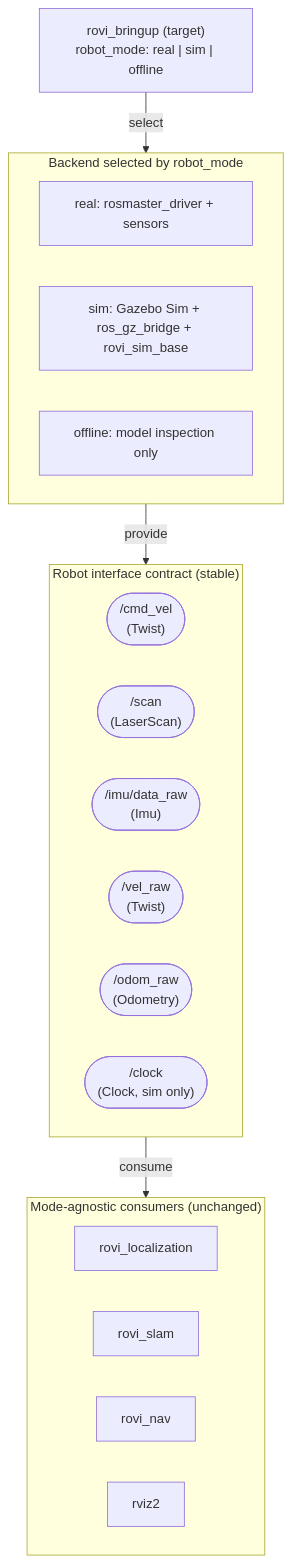
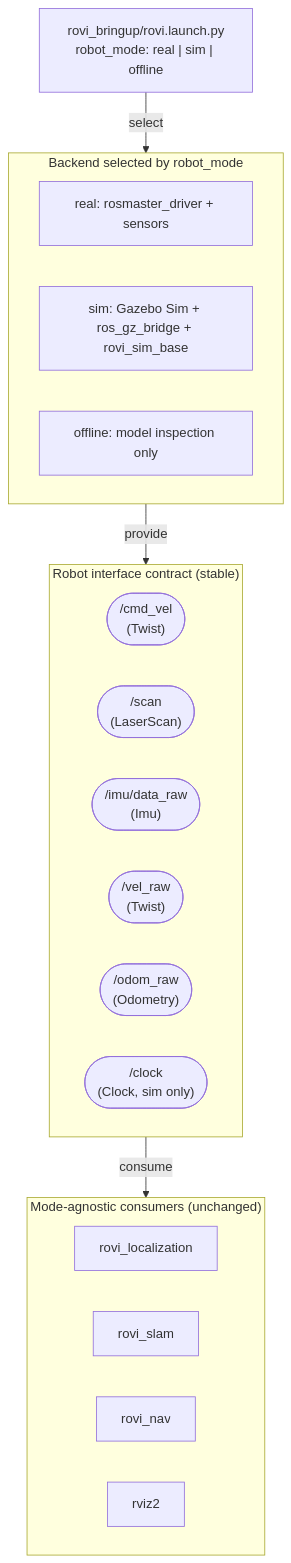
One commit to Roblibs/rovi_ros_ws changed the first of 12 diagrams in README.md. Above: the diagram before and after it, drawn with Mermaid. The commit also changed other lines of this file and 7 other files, not shown here.

````diff
--- a/README.md
+++ b/README.md
@@ -207,30 +218,30 @@
 ```mermaid
 flowchart TD
-  Bringup["rovi_bringup (target)\nrobot_mode: real | sim | offline"]
+  Bringup["rovi_bringup/rovi.launch.py\nrobot_mode: real | sim | offline"]
 
   subgraph Contract["Robot interface contract (stable)"]
     CMD(["/cmd_vel<br/>(Twist)"])
     SCAN(["/scan<br/>(LaserScan)"])
     IMU_RAW(["/imu/data_raw<br/>(Imu)"])
     VRAW(["/vel_raw<br/>(Twist)"])
     ODRAW(["/odom_raw<br/>(Odometry)"])
     CLOCK(["/clock<br/>(Clock, sim only)"])
   end
 
   subgraph Backends["Backend selected by robot_mode"]
     Real["real: rosmaster_driver + sensors"]
     Sim["sim: Gazebo Sim + ros_gz_bridge + rovi_sim_base"]
     Offline["offline: model inspection only"]
   end
 
   subgraph Consumers["Mode-agnostic consumers (unchanged)"]
     EKF["rovi_localization"]
     SLAM["rovi_slam"]
     NAV["rovi_nav"]
     RVIZ["rviz2"]
   end
 
   Bringup -->|select| Backends
   Backends -->|provide| Contract
   Contract -->|consume| Consumers
 ```
````
